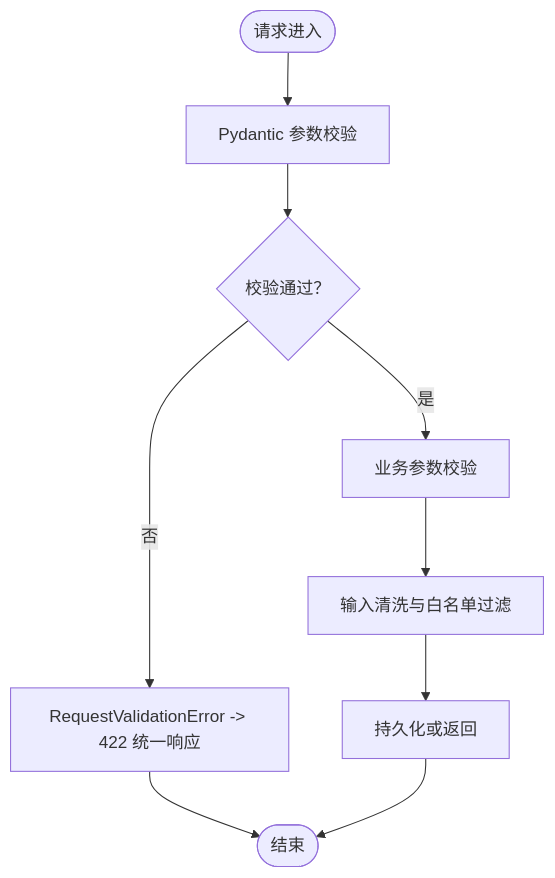
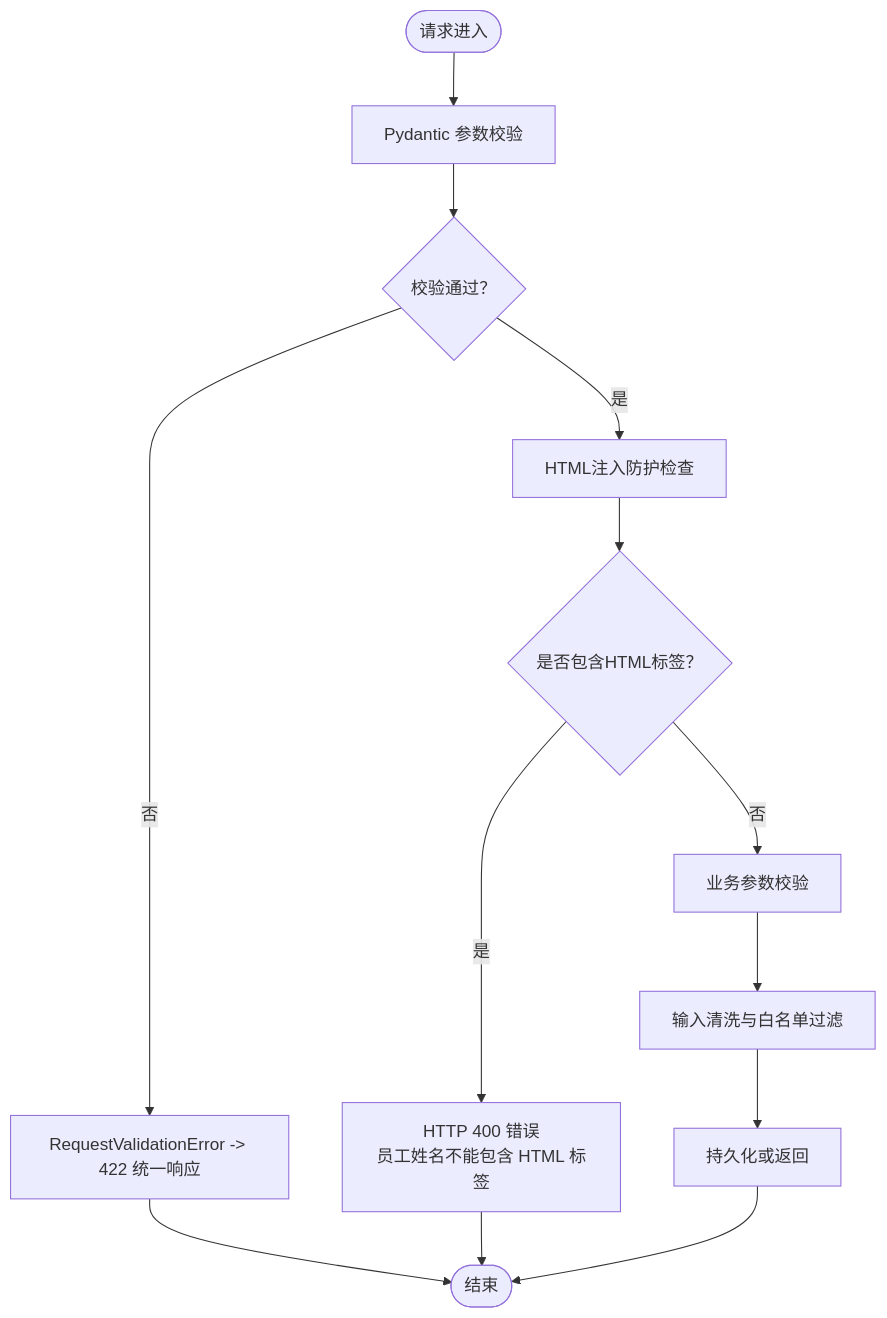
Before and after one commit to xgd561/performance_evaluation_system: the third of 8 diagrams in .qoder/repowiki/zh/content/系统架构/安全架构设计/安全防护措施.md, drawn with Mermaid. The commit also changed other lines of this file and 136 other files, not shown here.

````diff
--- a/.qoder/repowiki/zh/content/系统架构/安全架构设计/安全防护措施.md
+++ b/.qoder/repowiki/zh/content/系统架构/安全架构设计/安全防护措施.md
@@ -160,11 +191,15 @@
 ```mermaid
 flowchart TD
 Start(["请求进入"]) --> Validate["Pydantic 参数校验"]
 Validate --> Valid{"校验通过？"}
 Valid --> |否| Err422["RequestValidationError -> 422 统一响应"]
-Valid --> |是| Business["业务参数校验"]
+Valid --> |是| HTMLCheck["HTML注入防护检查"]
+HTMLCheck --> HTMLValid{"是否包含HTML标签？"}
+HTMLValid --> |是| Err400["HTTP 400 错误<br/>员工姓名不能包含 HTML 标签"]
+HTMLValid --> |否| Business["业务参数校验"]
 Business --> Clean["输入清洗与白名单过滤"]
 Clean --> Store["持久化或返回"]
 Err422 --> End(["结束"])
+Err400 --> End
 Store --> End
 ```
````
